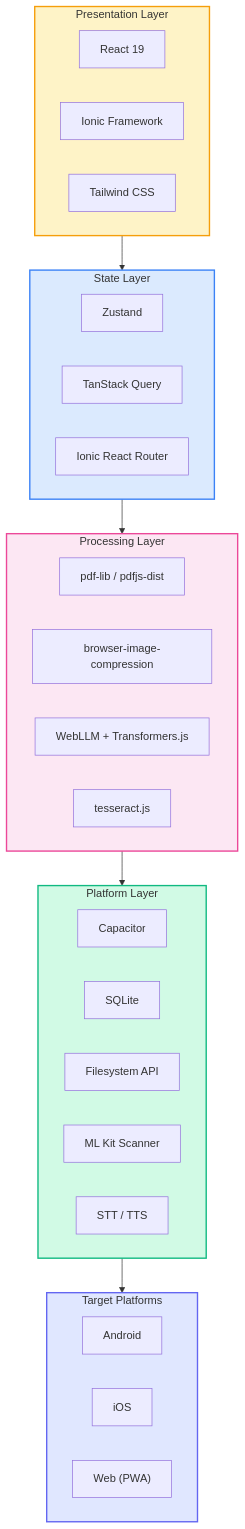
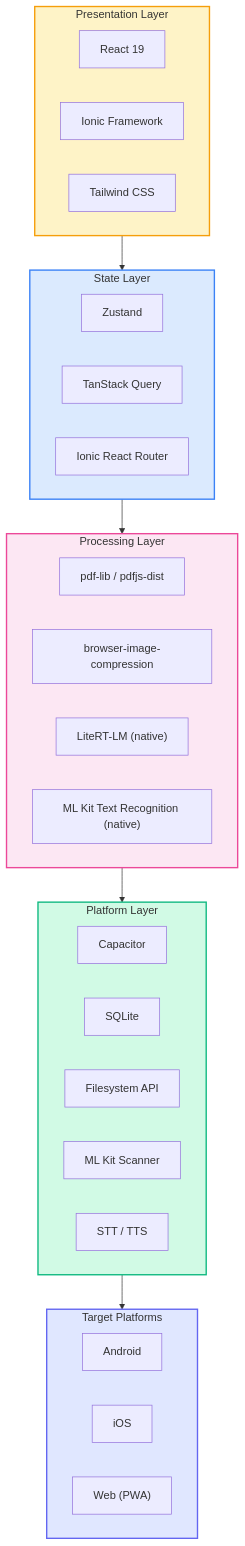
The fourth of 6 diagrams in docs/architecture/00-project-overview.md (omanandswami2005/project-kagazzz), drawn with Mermaid before and after one commit. The commit also changed other lines of this file and 9 other files, not shown here.

First line of the commit message:
chore(ai-assistant): F-13/F-14 stale-code sweep — WebLLM references + license attribution

````diff
--- a/docs/architecture/00-project-overview.md
+++ b/docs/architecture/00-project-overview.md
@@ -348,46 +347,46 @@
 ```mermaid
 graph TB
     subgraph UI["Presentation Layer"]
         React["React 19"]
         Ionic["Ionic Framework"]
         Tailwind["Tailwind CSS"]
     end
 
     subgraph State["State Layer"]
         Zustand["Zustand"]
         TanStack["TanStack Query"]
         Router["Ionic React Router"]
     end
 
     subgraph Processing["Processing Layer"]
         PDF["pdf-lib / pdfjs-dist"]
         Image["browser-image-compression"]
-        AI["WebLLM + Transformers.js"]
-        OCR["tesseract.js"]
+        AI["LiteRT-LM (native)"]
+        OCR["ML Kit Text Recognition (native)"]
     end
 
     subgraph Platform["Platform Layer"]
         Capacitor["Capacitor"]
         SQLite["SQLite"]
         FS["Filesystem API"]
         Scanner["ML Kit Scanner"]
         Voice["STT / TTS"]
     end
 
     subgraph Target["Target Platforms"]
         Android["Android"]
         iOS["iOS"]
         Web["Web (PWA)"]
     end
 
     UI --> State
     State --> Processing
     Processing --> Platform
     Platform --> Target
 
     style UI fill:#fef3c7,stroke:#f59e0b,stroke-width:2px
     style State fill:#dbeafe,stroke:#3b82f6,stroke-width:2px
     style Processing fill:#fce7f3,stroke:#ec4899,stroke-width:2px
     style Platform fill:#d1fae5,stroke:#10b981,stroke-width:2px
     style Target fill:#e0e7ff,stroke:#6366f1,stroke-width:2px
 ```
````
